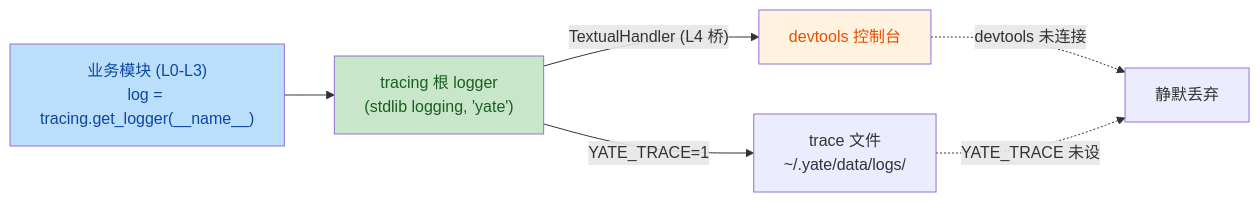
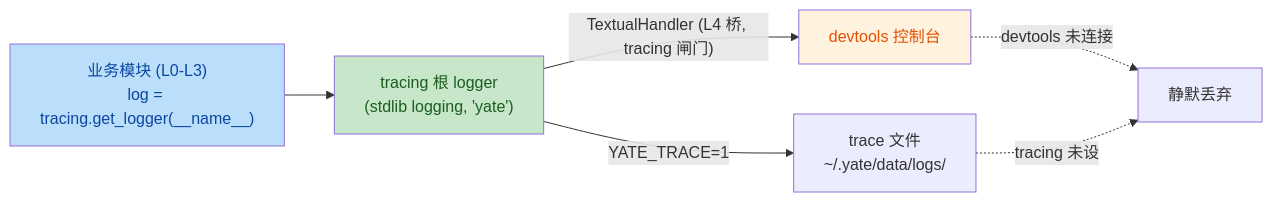
One commit to BigThxBrigde/yate changed the diagram in .trae/rules/architecture-boundaries.md. Above: the diagram before and after it, drawn with Mermaid. The commit also changed other lines of this file and 2 other files, not shown here.

First line of the commit message:
feat(logging): gate the devtools bridge on the tracing switch

````diff
--- a/.trae/rules/architecture-boundaries.md
+++ b/.trae/rules/architecture-boundaries.md
@@ -65,11 +65,11 @@
   ```mermaid
   flowchart LR
       A["业务模块 (L0-L3)<br/>log = tracing.get_logger(__name__)"] --> B["tracing 根 logger<br/>(stdlib logging, 'yate')"]
       B -->|YATE_TRACE=1| C[trace 文件<br/>~/.yate/data/logs/]
-      B -->|"TextualHandler (L4 桥)"| D[devtools 控制台]
+      B -->|"TextualHandler (L4 桥, tracing 闸门)"| D[devtools 控制台]
       D -.->|devtools 未连接| E[静默丢弃]
-      C -.->|YATE_TRACE 未设| E
+      C -.->|tracing 未设| E
       style A fill:#bbdefb,color:#0d47a1
       style B fill:#c8e6c9,color:#1a5e20
       style D fill:#fff3e0,color:#e65100
   ```
````
